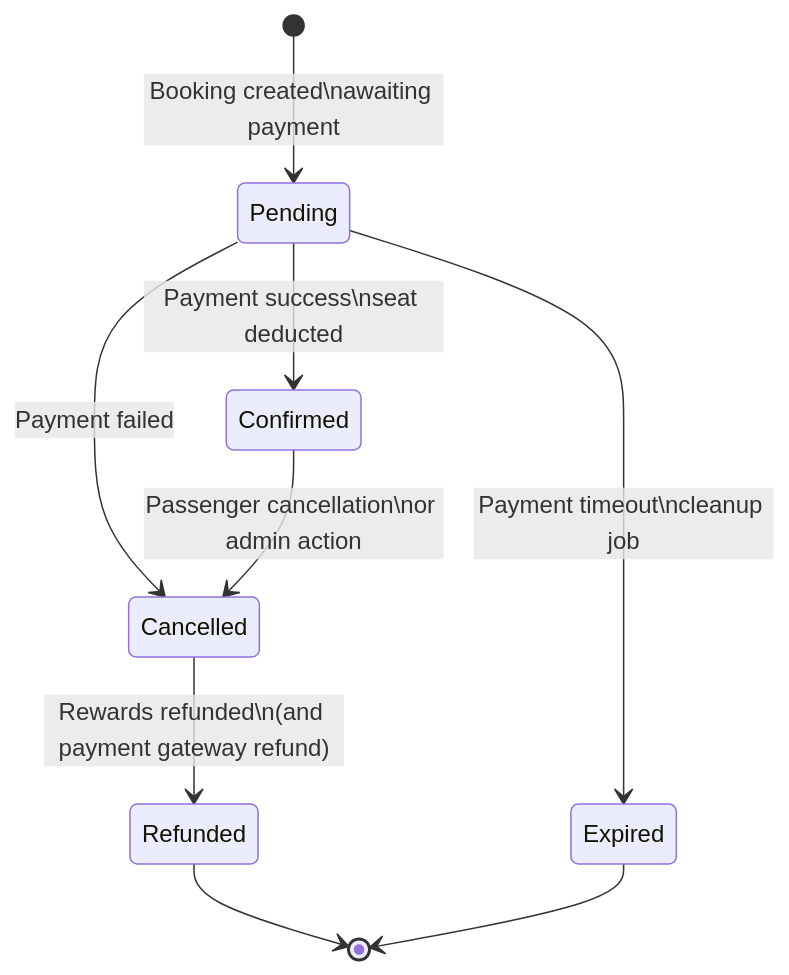
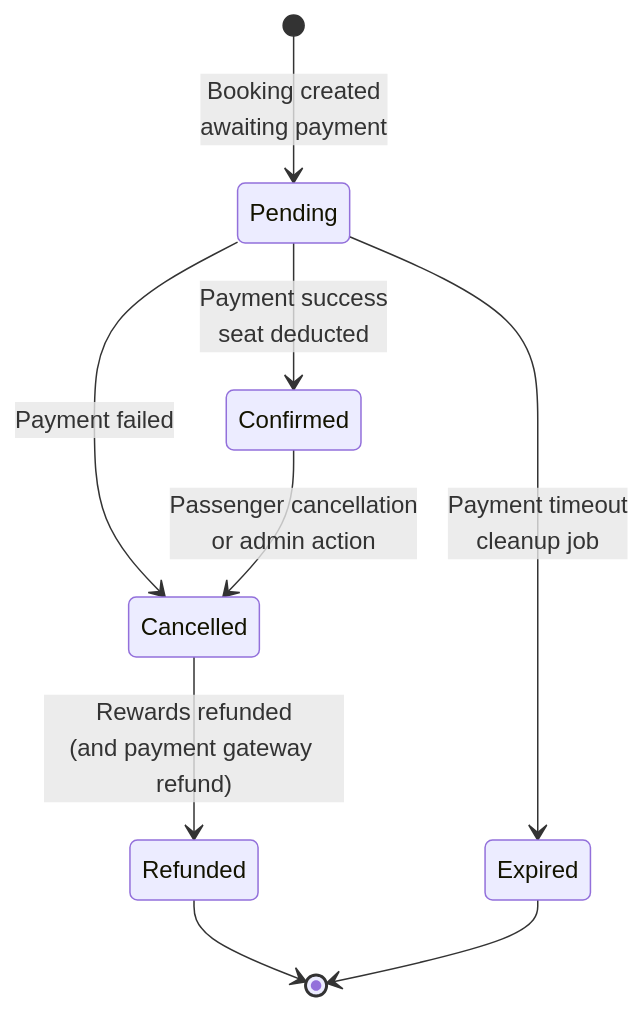
One commit to pavankumar689/AirlineManagementSystem changed the eighth of 9 diagrams in documents/LLD.md. Above: the diagram before and after it, drawn with Mermaid. The commit also changed 1 other file, not shown here.

Commit message:
updated documents

````diff
--- a/documents/LLD.md
+++ b/documents/LLD.md
@@ -317,11 +317,11 @@
 ```mermaid
 stateDiagram-v2
-  [*] --> Pending : Booking created\nawaiting payment
-  Pending --> Confirmed : Payment success\nseat deducted
-  Pending --> Expired : Payment timeout\ncleanup job
+  [*] --> Pending : Booking created<br/>awaiting payment
+  Pending --> Confirmed : Payment success<br/>seat deducted
+  Pending --> Expired : Payment timeout<br/>cleanup job
   Pending --> Cancelled : Payment failed
-  Confirmed --> Cancelled : Passenger cancellation\nor admin action
-  Cancelled --> Refunded : Rewards refunded\n(and payment gateway refund)
+  Confirmed --> Cancelled : Passenger cancellation<br/>or admin action
+  Cancelled --> Refunded : Rewards refunded<br/>(and payment gateway refund)
   Refunded --> [*]
   Expired --> [*]
 ```
````
